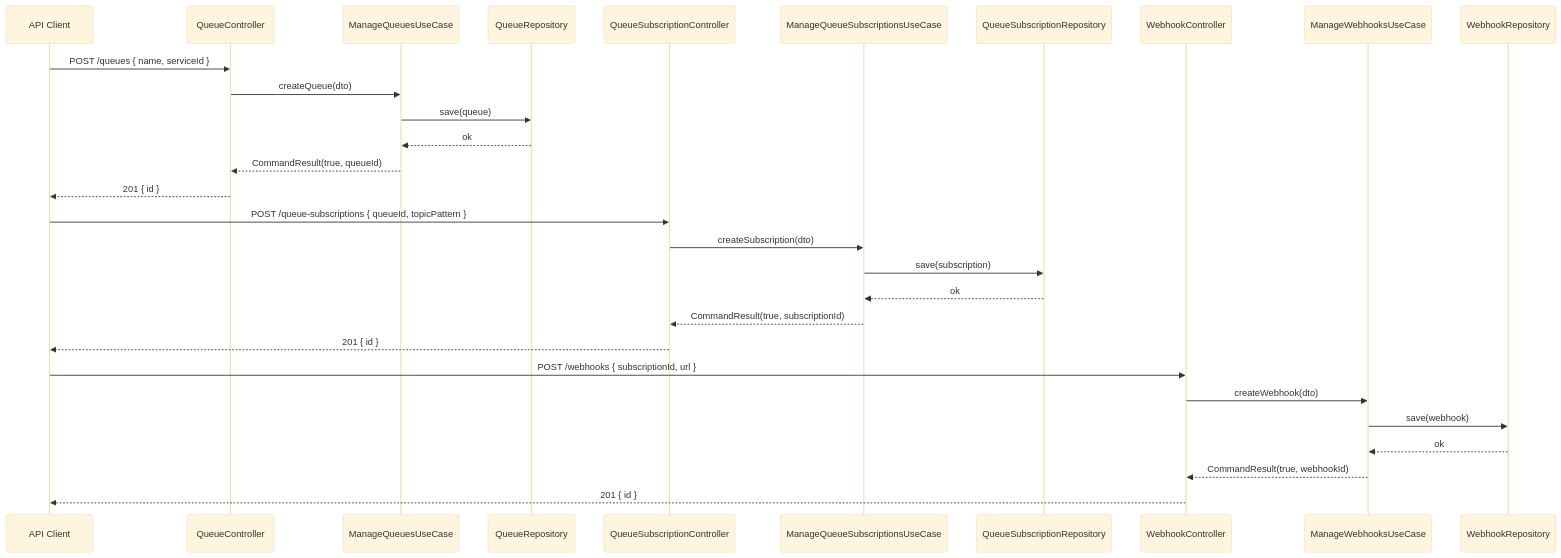
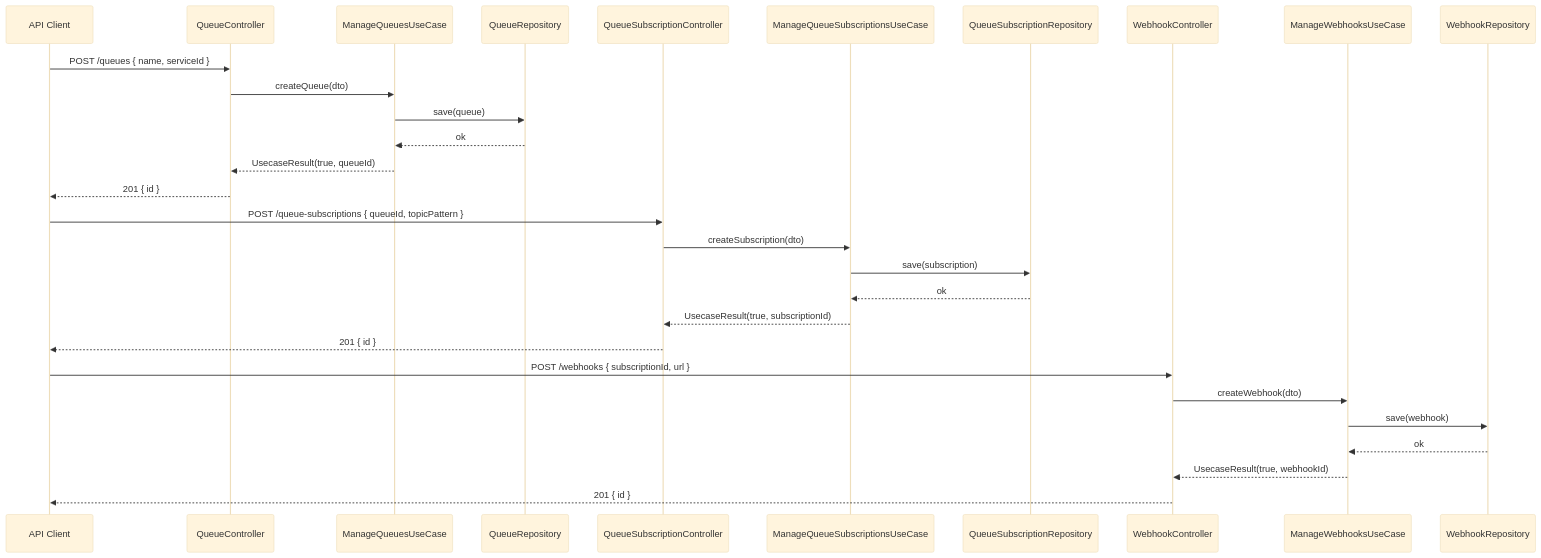
Before and after one commit to UIMSolutions/uim-platform: the fifth of 6 diagrams in events/UML.md, drawn with Mermaid (base theme). The commit also changed other lines of this file and 907 other files, not shown here.

Commit message:
Rename CommandResult

````diff
--- a/events/UML.md
+++ b/events/UML.md
@@ -269,36 +269,36 @@
 ```mermaid
 sequenceDiagram
     participant Client as API Client
     participant QC as QueueController
     participant QUC as ManageQueuesUseCase
     participant QR as QueueRepository
 
     participant SC as QueueSubscriptionController
     participant SUC as ManageQueueSubscriptionsUseCase
     participant SR as QueueSubscriptionRepository
 
     participant WC as WebhookController
     participant WUC as ManageWebhooksUseCase
     participant WR as WebhookRepository
 
     Client->>QC: POST /queues { name, serviceId }
     QC->>QUC: createQueue(dto)
     QUC->>QR: save(queue)
     QR-->>QUC: ok
-    QUC-->>QC: CommandResult(true, queueId)
+    QUC-->>QC: UsecaseResult(true, queueId)
     QC-->>Client: 201 { id }
 
     Client->>SC: POST /queue-subscriptions { queueId, topicPattern }
     SC->>SUC: createSubscription(dto)
     SUC->>SR: save(subscription)
     SR-->>SUC: ok
-    SUC-->>SC: CommandResult(true, subscriptionId)
+    SUC-->>SC: UsecaseResult(true, subscriptionId)
     SC-->>Client: 201 { id }
 
     Client->>WC: POST /webhooks { subscriptionId, url }
     WC->>WUC: createWebhook(dto)
     WUC->>WR: save(webhook)
     WR-->>WUC: ok
-    WUC-->>WC: CommandResult(true, webhookId)
+    WUC-->>WC: UsecaseResult(true, webhookId)
     WC-->>Client: 201 { id }
 ```
````
